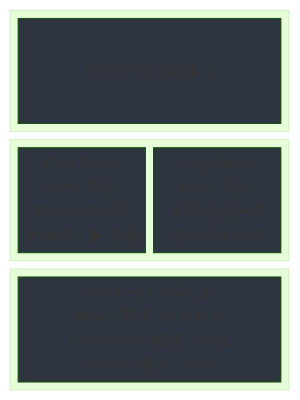
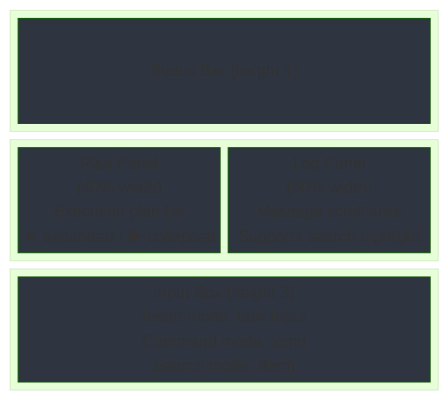
One commit to Rg0x80/tact changed the fourth of 8 diagrams in ARCHITECTURE.md. Above: the diagram before and after it, drawn with Mermaid (forest theme). The commit also changed other lines of this file and 50 other files, not shown here.

````diff
--- a/ARCHITECTURE.md
+++ b/ARCHITECTURE.md
@@ -128,24 +128,24 @@
 ```mermaid
 block-beta
     columns 1
     space
     block:status
         columns 1
-        status_bar["Status Bar (高度 1)"]
+        status_bar["Status Bar (height 1)"]
     end
     block:main
         columns 2
-        plan["Plan Panel<br/>(40% 宽度)<br/>执行计划列表<br/>▼ 展开 / ▶ 折叠"]
-        log["Log Panel<br/>(60% 宽度)<br/>消息滚动区域<br/>支持搜索高亮"]
+        plan["Plan Panel<br/>(40% width)<br/>Execution plan list<br/>▼ expanded / ▶ collapsed"]
+        log["Log Panel<br/>(60% width)<br/>Message scroll area<br/>Supports search highlight"]
     end
     block:input
         columns 1
-        input_box["Input Box (高度 3)<br/>Insert 模式: 任务输入<br/>Command 模式: :cmd<br/>Search 模式: /term"]
+        input_box["Input Box (height 3)<br/>Insert mode: task input<br/>Command mode: :cmd<br/>Search mode: /term"]
     end
     space
 
     style status_bar fill:#2e3440,color:#eceff4
     style plan fill:#2e3440,color:#eceff4
     style log fill:#2e3440,color:#eceff4
     style input_box fill:#2e3440,color:#eceff4
 ```
````
